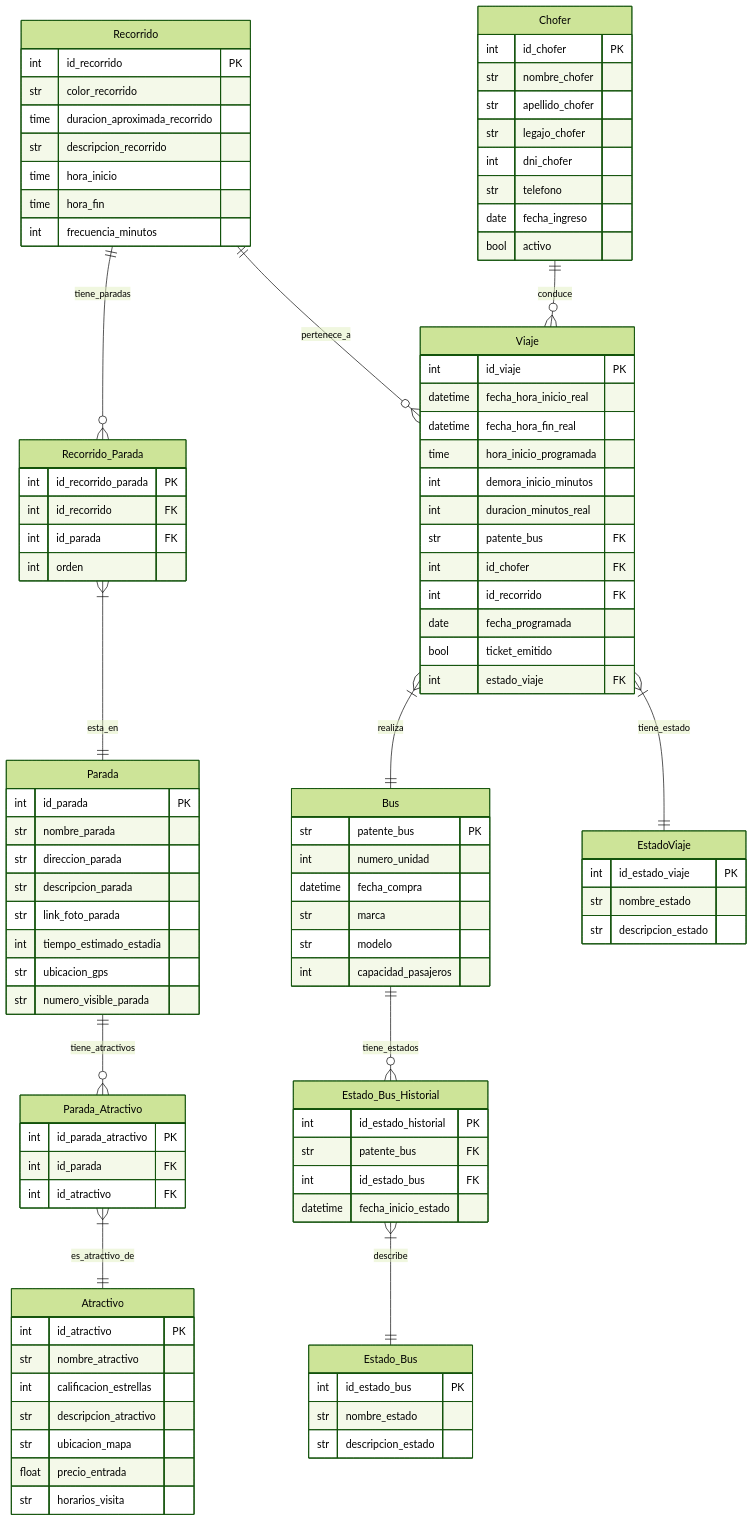
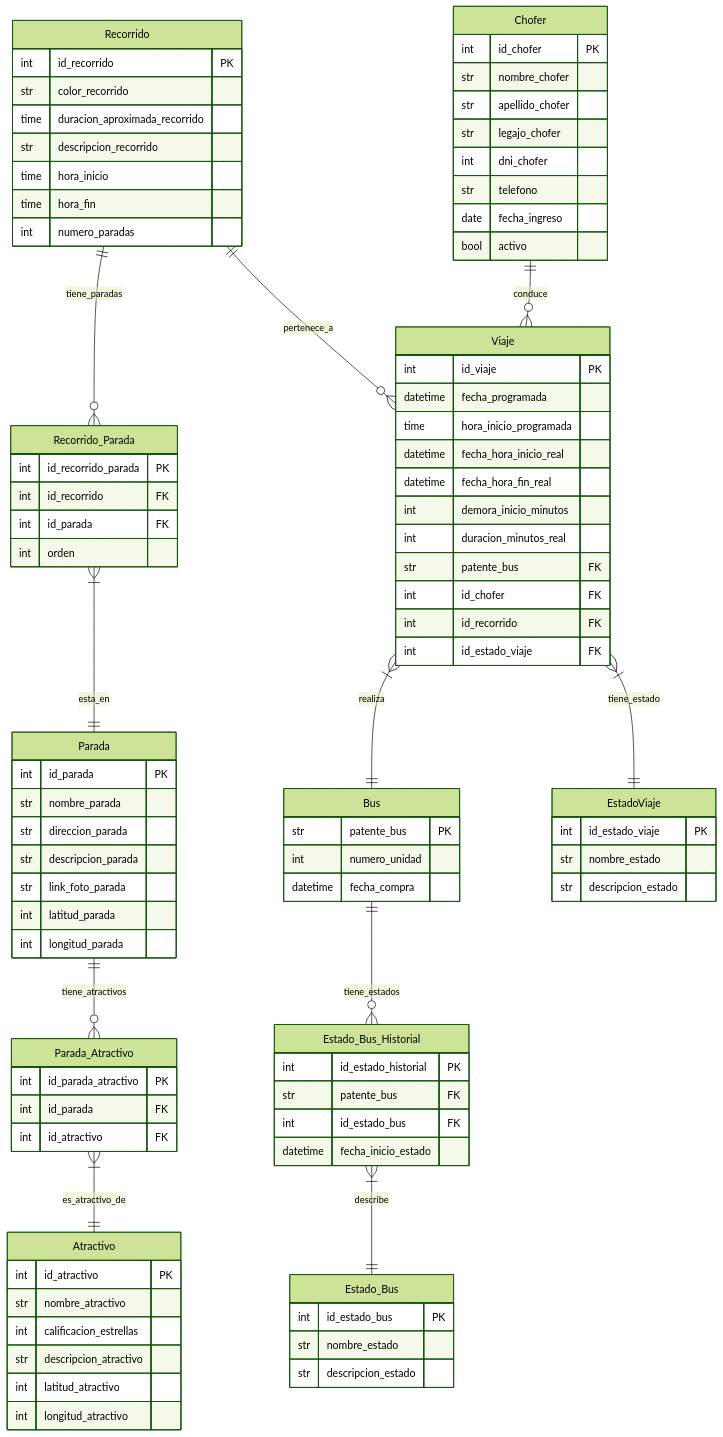
Before and after one commit to Villada-PG3/trabajo-practico-integrador-bus-turistico: the diagram in proyecto_desarrollo/er1.mmd, drawn with Mermaid (forest theme).

Commit message:
Base_datos_finalizada

```diff
--- a/proyecto_desarrollo/er1.mmd
+++ b/proyecto_desarrollo/er1.mmd
@@ -1,111 +1,105 @@
 erDiagram
     Recorrido ||--o{ Recorrido_Parada : tiene_paradas
     Recorrido_Parada }|--|| Parada : esta_en
     Parada ||--o{ Parada_Atractivo : tiene_atractivos
     Parada_Atractivo }|--|| Atractivo : es_atractivo_de
 
     Bus ||--o{ Estado_Bus_Historial : tiene_estados
     Estado_Bus_Historial }|--|| Estado_Bus : describe
     Chofer ||--o{ Viaje : conduce
     Viaje }|--|| Bus : realiza
     Recorrido ||--o{ Viaje : pertenece_a
-    Viaje }|--|| EstadoViaje : tiene_estado
 
+    Viaje }|--|| EstadoViaje : tiene_estado 
 
     Recorrido {
         int id_recorrido PK
         str color_recorrido
         time duracion_aproximada_recorrido
         str descripcion_recorrido
         time hora_inicio
-        time hora_fin
-        int frecuencia_minutos
+        time hora_fin 
+        int numero_paradas
     }
 
     Recorrido_Parada {
         int id_recorrido_parada PK
         int id_recorrido FK
         int id_parada FK
         int orden
     }
 
     Parada {
         int id_parada PK
         str nombre_parada
         str direccion_parada
         str descripcion_parada
         str link_foto_parada
-        int tiempo_estimado_estadia
-        str ubicacion_gps
-        str numero_visible_parada
+        int latitud_parada
+        int longitud_parada
     }
 
     Parada_Atractivo {
         int id_parada_atractivo PK
         int id_parada FK
         int id_atractivo FK
     }
 
     Atractivo {
         int id_atractivo PK
         str nombre_atractivo
         int calificacion_estrellas
         str descripcion_atractivo
-        str ubicacion_mapa
-        float precio_entrada
-        str horarios_visita
+        int latitud_atractivo
+        int longitud_atractivo
     }
 
     Bus {
         str patente_bus PK
         int numero_unidad
         datetime fecha_compra
-        str marca
-        str modelo
-        int capacidad_pasajeros
+    
     }
 
     Estado_Bus {
         int id_estado_bus PK
         str nombre_estado
         str descripcion_estado
     }
 
     Estado_Bus_Historial {
         int id_estado_historial PK
         str patente_bus FK
         int id_estado_bus FK
         datetime fecha_inicio_estado
     }
 
     Chofer {
         int id_chofer PK
         str nombre_chofer
         str apellido_chofer
         str legajo_chofer
         int dni_chofer
         str telefono
         date fecha_ingreso
         bool activo
     }
 
     Viaje {
         int id_viaje PK
+        datetime fecha_programada
+        time hora_inicio_programada
         datetime fecha_hora_inicio_real
         datetime fecha_hora_fin_real
-        time hora_inicio_programada
         int demora_inicio_minutos
         int duracion_minutos_real
         str patente_bus FK
         int id_chofer FK
         int id_recorrido FK
-        date fecha_programada
-        bool ticket_emitido
-        int estado_viaje FK
+        int id_estado_viaje FK
     }
-
     EstadoViaje {
         int id_estado_viaje PK
         str nombre_estado
         str descripcion_estado
     }
```
